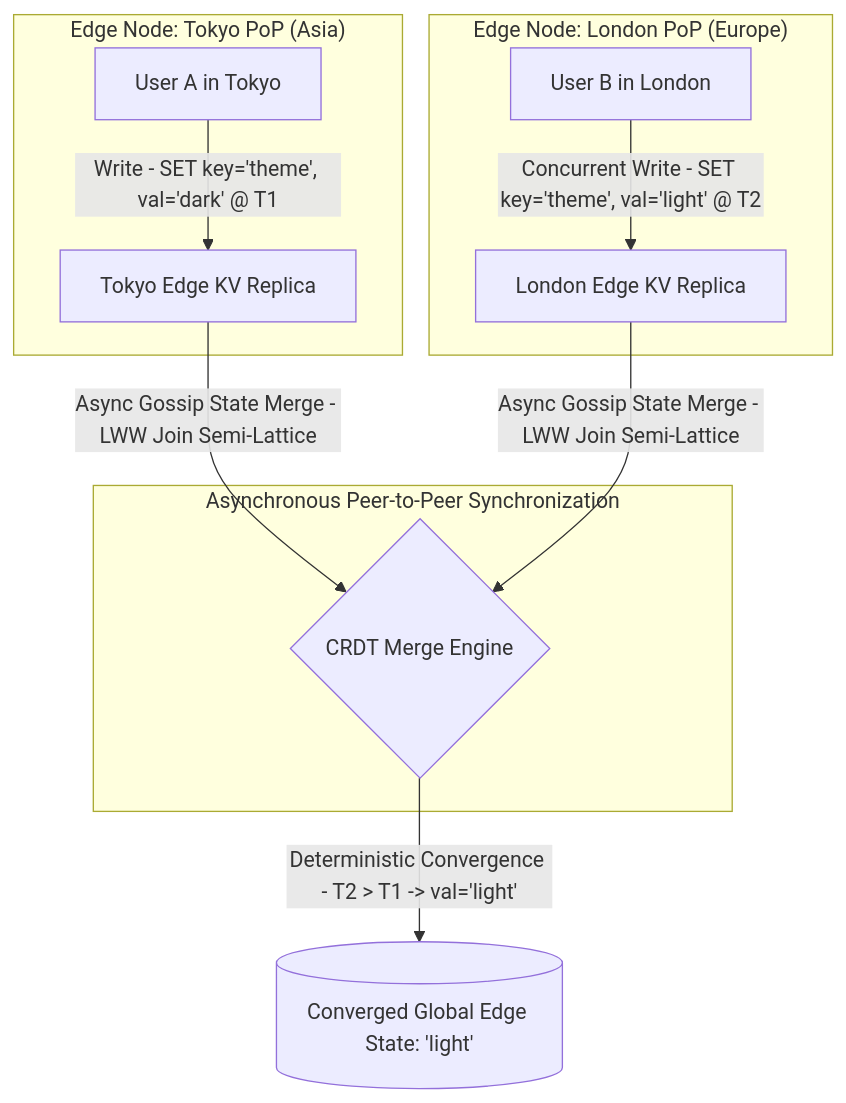
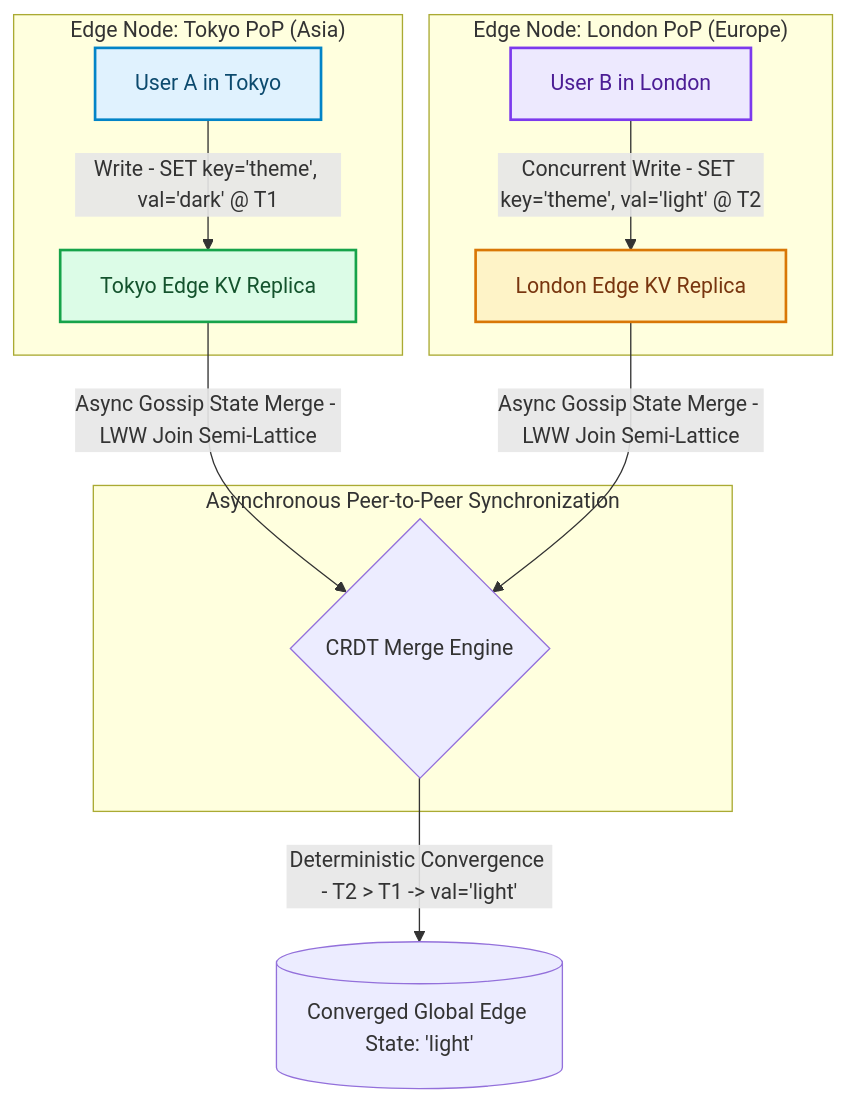
One commit to akmalkhaniub/akmalkhaniub.github.io changed the diagram in blog/posts/edge-kv-stores-crdts-conflict-free-replicated-data-types-eventual-consistency.md. Above: the diagram before and after it, drawn with Mermaid. The commit also changed other lines of this file and 1291 other files, not shown here.

First line of the commit message:
feat(catalog): unique covers, scholarly references, and diagram palettes

````diff
--- a/blog/posts/edge-kv-stores-crdts-conflict-free-replicated-data-types-eventual-consistency.md
+++ b/blog/posts/edge-kv-stores-crdts-conflict-free-replicated-data-types-eventual-consistency.md
@@ -19,17 +19,27 @@
 ```mermaid
 flowchart TD
   subgraph SG1_EdgeNodeTokyo ["Edge Node: Tokyo PoP (Asia)"]
-    ClientA[User A in Tokyo] -->|Write - SET key='theme', val='dark' @ T1| TokyoKV[Tokyo Edge KV Replica]
+    ClientA["User A in Tokyo"] -->|Write - SET key='theme', val='dark' @ T1| TokyoKV["Tokyo Edge KV Replica"]
   end
   
   subgraph SG2_EdgeNodeLondon ["Edge Node: London PoP (Europe)"]
-    ClientB[User B in London] -->|Concurrent Write - SET key='theme', val='light' @ T2| LondonKV[London Edge KV Replica]
+    ClientB["User B in London"] -->|Concurrent Write - SET key='theme', val='light' @ T2| LondonKV["London Edge KV Replica"]
   end
   
   subgraph SG3_AsynchronousPeerTo ["Asynchronous Peer-to-Peer Synchronization"]
     TokyoKV -->|Async Gossip State Merge - LWW Join Semi-Lattice| SyncEngine{CRDT Merge Engine}
     LondonKV -->|Async Gossip State Merge - LWW Join Semi-Lattice| SyncEngine
   end
   
   SyncEngine -->|Deterministic Convergence - T2 > T1 -> val='light'| ConvergedState[(Converged Global Edge State: 'light')]
+
+classDef green fill:#dcfce7,stroke:#16a34a,stroke-width:2px,color:#14532d;
+classDef red fill:#fee2e2,stroke:#dc2626,stroke-width:2px,color:#7f1d1d;
+classDef blue fill:#e0f2fe,stroke:#0284c7,stroke-width:2px,color:#0c4a6e;
+classDef yellow fill:#fef3c7,stroke:#d97706,stroke-width:2px,color:#78350f;
+classDef purple fill:#ede9fe,stroke:#7c3aed,stroke-width:2px,color:#4c1d95;
+class ClientA blue
+class TokyoKV green
+class ClientB purple
+class LondonKV yellow
 ```
````
